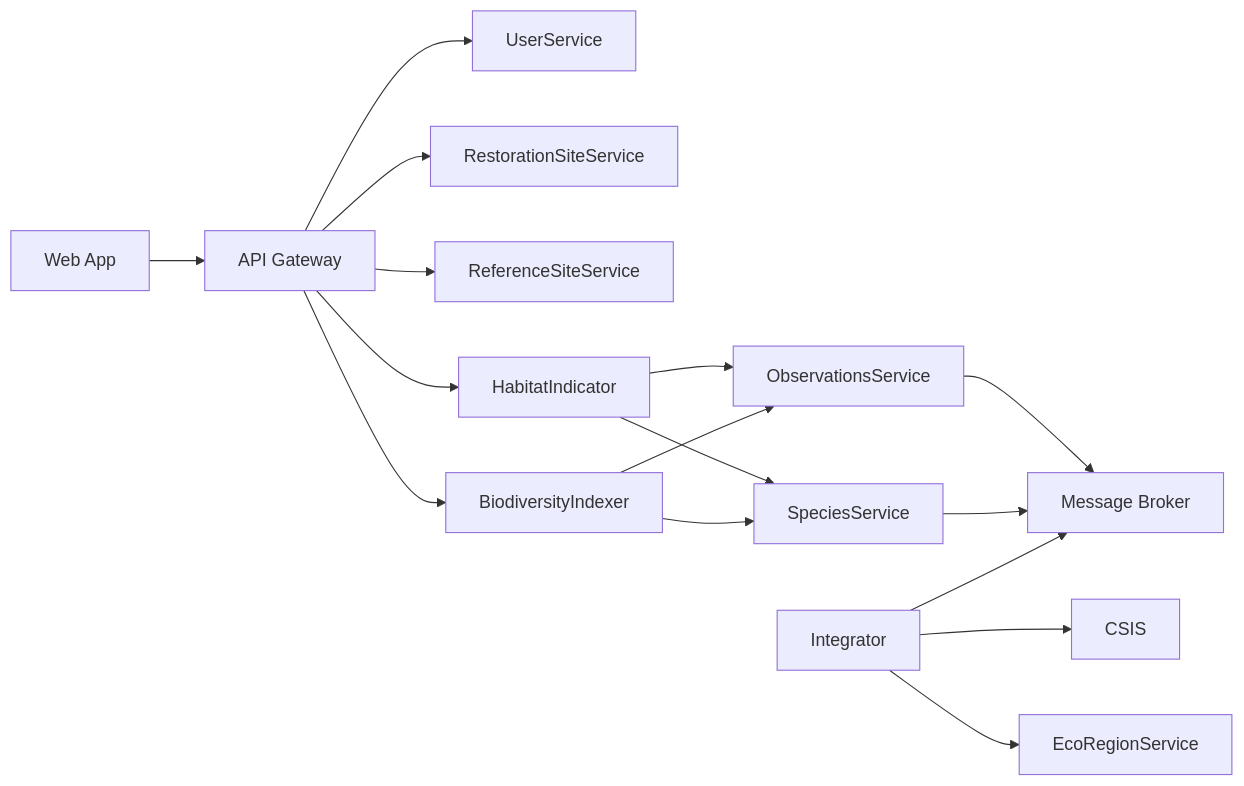
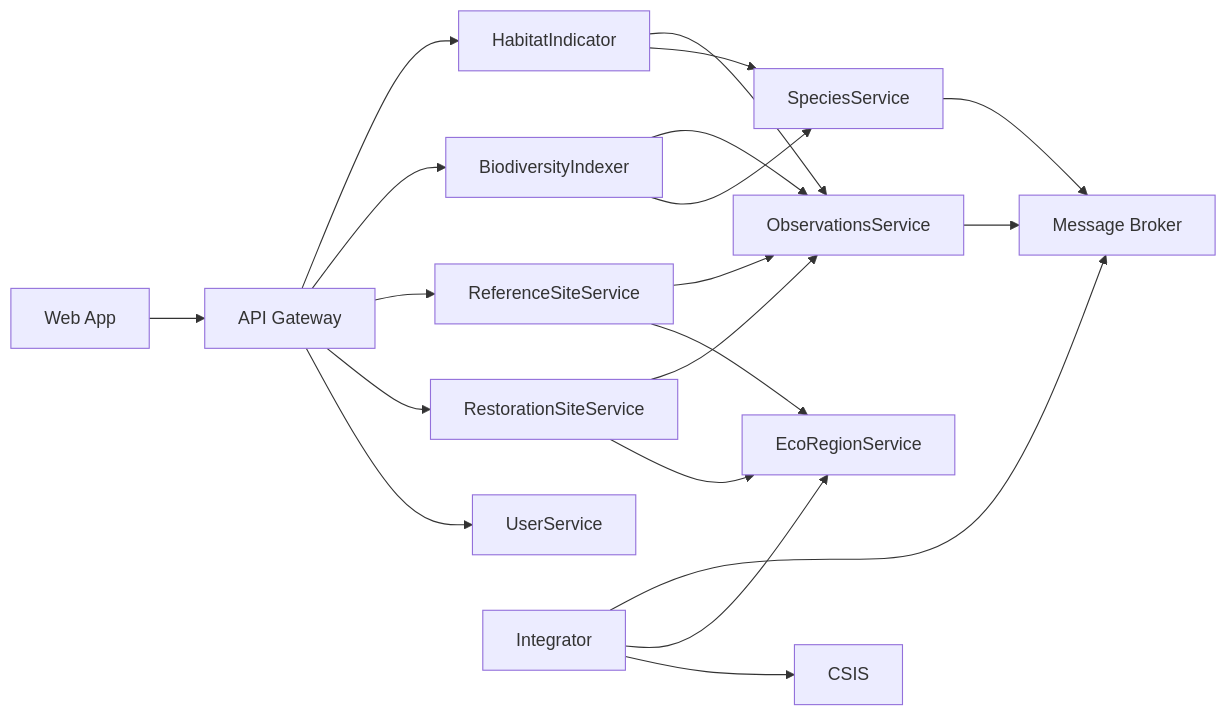
Before and after one commit to maulikdave-fh/bdi: the second of 3 diagrams in README.md, drawn with Mermaid. The commit also changed other lines of this file, not shown here.

````diff
--- a/README.md
+++ b/README.md
@@ -53,18 +53,22 @@
 ```mermaid
     flowchart LR
       A[Web App] --> B[API Gateway]
       B --> C[UserService]   
       B --> D[RestorationSiteService]
       B --> E[ReferenceSiteService]
       B --> F[BiodiversityIndexer]
       B --> G[HabitatIndicator]
       F --> H[SpeciesService]
       F --> I[ObservationsService]
       G --> H
       G --> I
       J[Integrator] --> K[CSIS]
       J --> L[EcoRegionService]
       J --> M[Message Broker]
       H --> M 
       I --> M
+      D --> L
+      E --> L
+      D --> I
+      E --> I    
 ```
````
